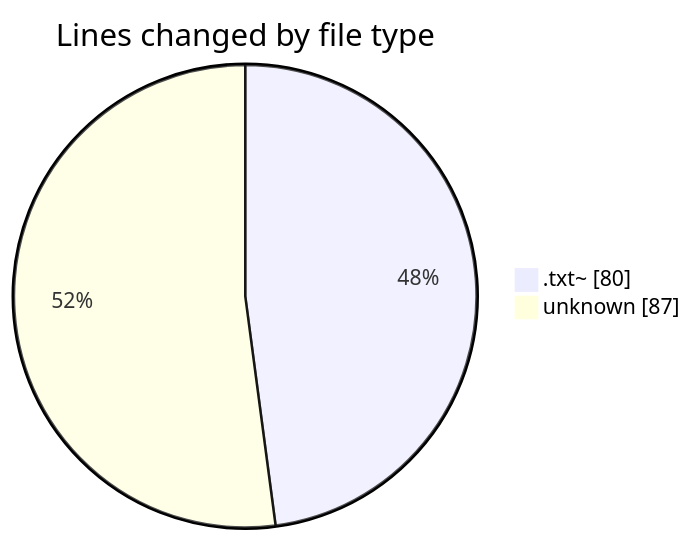
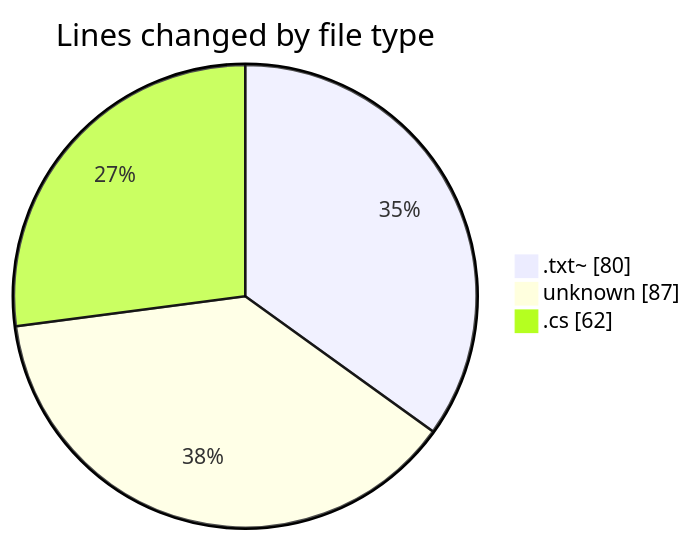
One commit to ernivani/code-tracking changed the first of 2 diagrams in 2024-12-30/rareicon/README.md. Above: the diagram before and after it, drawn with Mermaid. The commit also changed other lines of this file and 2 other files, not shown here.

````diff
--- a/2024-12-30/rareicon/README.md
+++ b/2024-12-30/rareicon/README.md
@@ -21,6 +22,7 @@
 ```mermaid
 pie showData
 title Lines changed by file type
 ".txt~" : 80
 "unknown" : 87
+".cs" : 62
 ```
````
